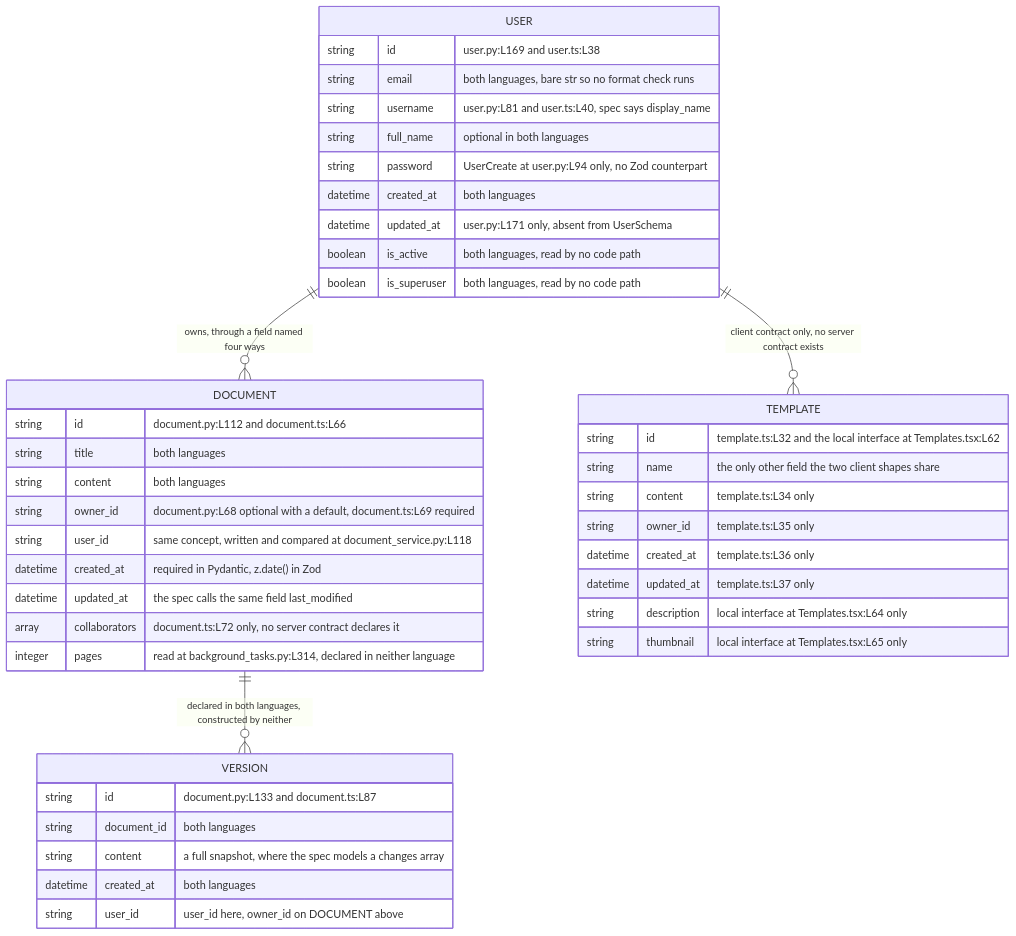
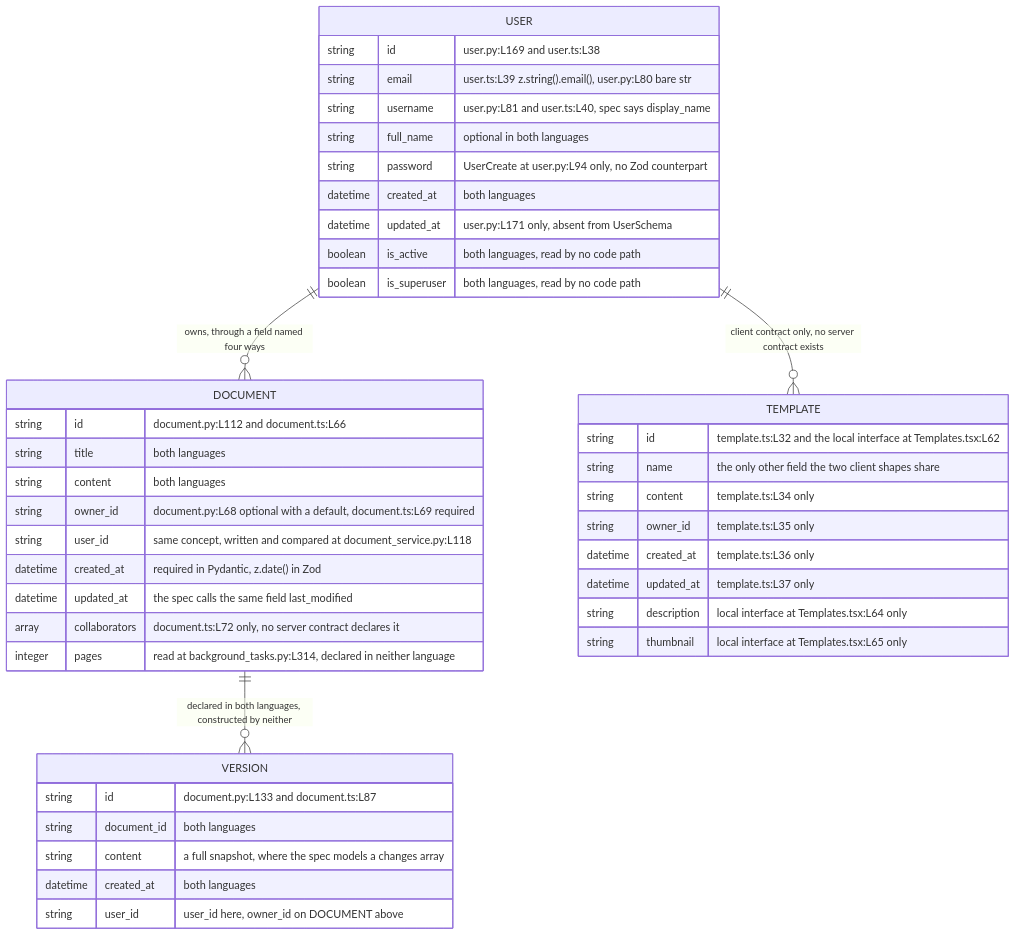
One commit to blitzy-public-samples/microsoft-word-u33ko0 changed the first of 2 diagrams in docs/data-model.md. Above: the diagram before and after it, drawn with Mermaid. The commit also changed other lines of this file and 53 other files, not shown here.

````diff
--- a/docs/data-model.md
+++ b/docs/data-model.md
@@ -134,52 +153,52 @@
 ```mermaid
 erDiagram
     USER ||--o{ DOCUMENT : "owns, through a field named four ways"
     DOCUMENT ||--o{ VERSION : "declared in both languages, constructed by neither"
     USER ||--o{ TEMPLATE : "client contract only, no server contract exists"
 
     USER {
         string id "user.py:L169 and user.ts:L38"
-        string email "both languages, bare str so no format check runs"
+        string email "user.ts:L39 z.string().email(), user.py:L80 bare str"
         string username "user.py:L81 and user.ts:L40, spec says display_name"
         string full_name "optional in both languages"
         string password "UserCreate at user.py:L94 only, no Zod counterpart"
         datetime created_at "both languages"
         datetime updated_at "user.py:L171 only, absent from UserSchema"
         boolean is_active "both languages, read by no code path"
         boolean is_superuser "both languages, read by no code path"
     }
 
     DOCUMENT {
         string id "document.py:L112 and document.ts:L66"
         string title "both languages"
         string content "both languages"
         string owner_id "document.py:L68 optional with a default, document.ts:L69 required"
         string user_id "same concept, written and compared at document_service.py:L118"
         datetime created_at "required in Pydantic, z.date() in Zod"
         datetime updated_at "the spec calls the same field last_modified"
         array collaborators "document.ts:L72 only, no server contract declares it"
         integer pages "read at background_tasks.py:L314, declared in neither language"
     }
 
     VERSION {
         string id "document.py:L133 and document.ts:L87"
         string document_id "both languages"
         string content "a full snapshot, where the spec models a changes array"
         datetime created_at "both languages"
         string user_id "user_id here, owner_id on DOCUMENT above"
     }
 
     TEMPLATE {
         string id "template.ts:L32 and the local interface at Templates.tsx:L62"
         string name "the only other field the two client shapes share"
         string content "template.ts:L34 only"
         string owner_id "template.ts:L35 only"
         datetime created_at "template.ts:L36 only"
         datetime updated_at "template.ts:L37 only"
         string description "local interface at Templates.tsx:L64 only"
         string thumbnail "local interface at Templates.tsx:L65 only"
     }
 
 %% Both names appear wherever the two languages disagree, because no name is canonical.
 %% A comment naming a single file and line means only that position declares the field.
 ```
````
